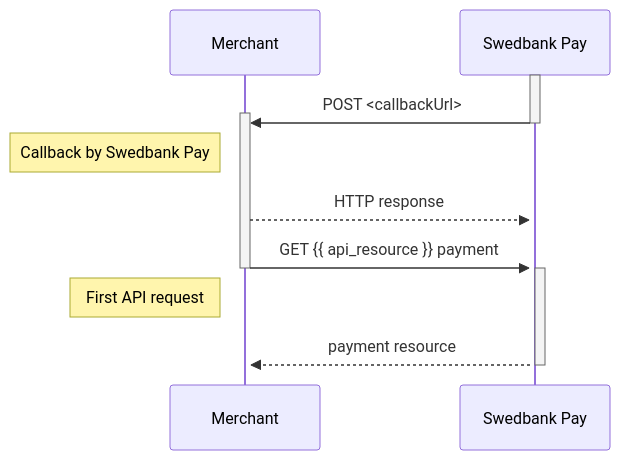
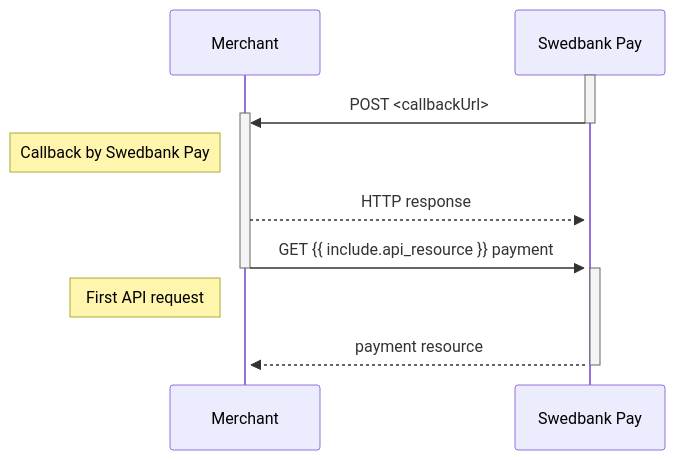
The diagram in _includes/callback-reference.md (SwedbankPay/developer.swedbankpay.com), drawn with Mermaid before and after one commit. The commit also changed other lines of this file and 66 other files, not shown here.

````diff
--- a/_includes/callback-reference.md
+++ b/_includes/callback-reference.md
@@ -103,16 +102,16 @@
 ```mermaid
 sequenceDiagram
     Participant Merchant
     Participant SwedbankPay as Swedbank Pay
 
     activate SwedbankPay
     SwedbankPay->>+Merchant: POST <callbackUrl>
     deactivate SwedbankPay
     note left of Merchant: Callback by Swedbank Pay
     Merchant-->>+SwedbankPay: HTTP response
-    Merchant->>+SwedbankPay: GET {{ api_resource }} payment
+    Merchant->>+SwedbankPay: GET {{ include.api_resource  }} payment
     deactivate Merchant
     note left of Merchant: First API request
     SwedbankPay-->>+Merchant: payment resource
     deactivate SwedbankPay
 ```
````
